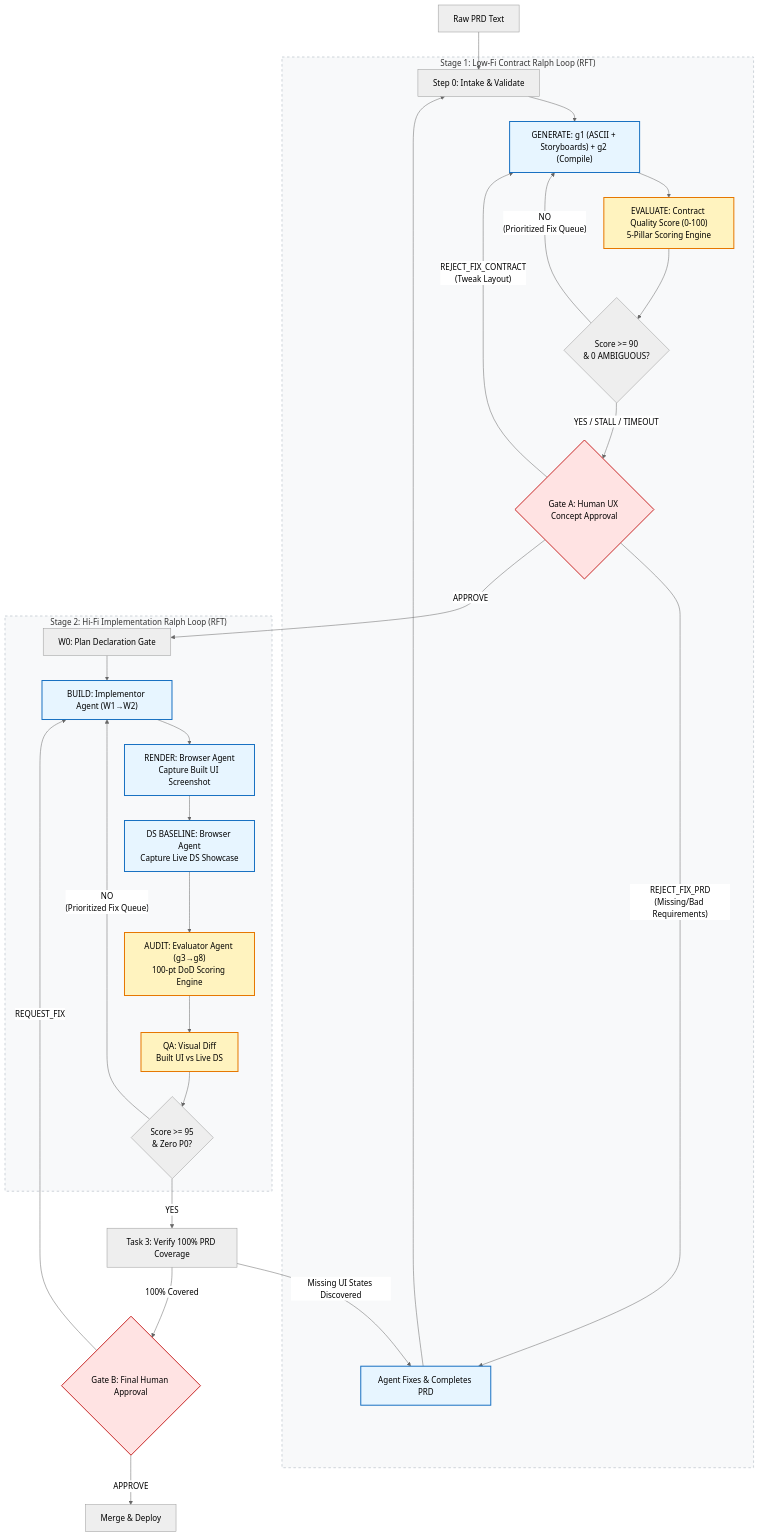
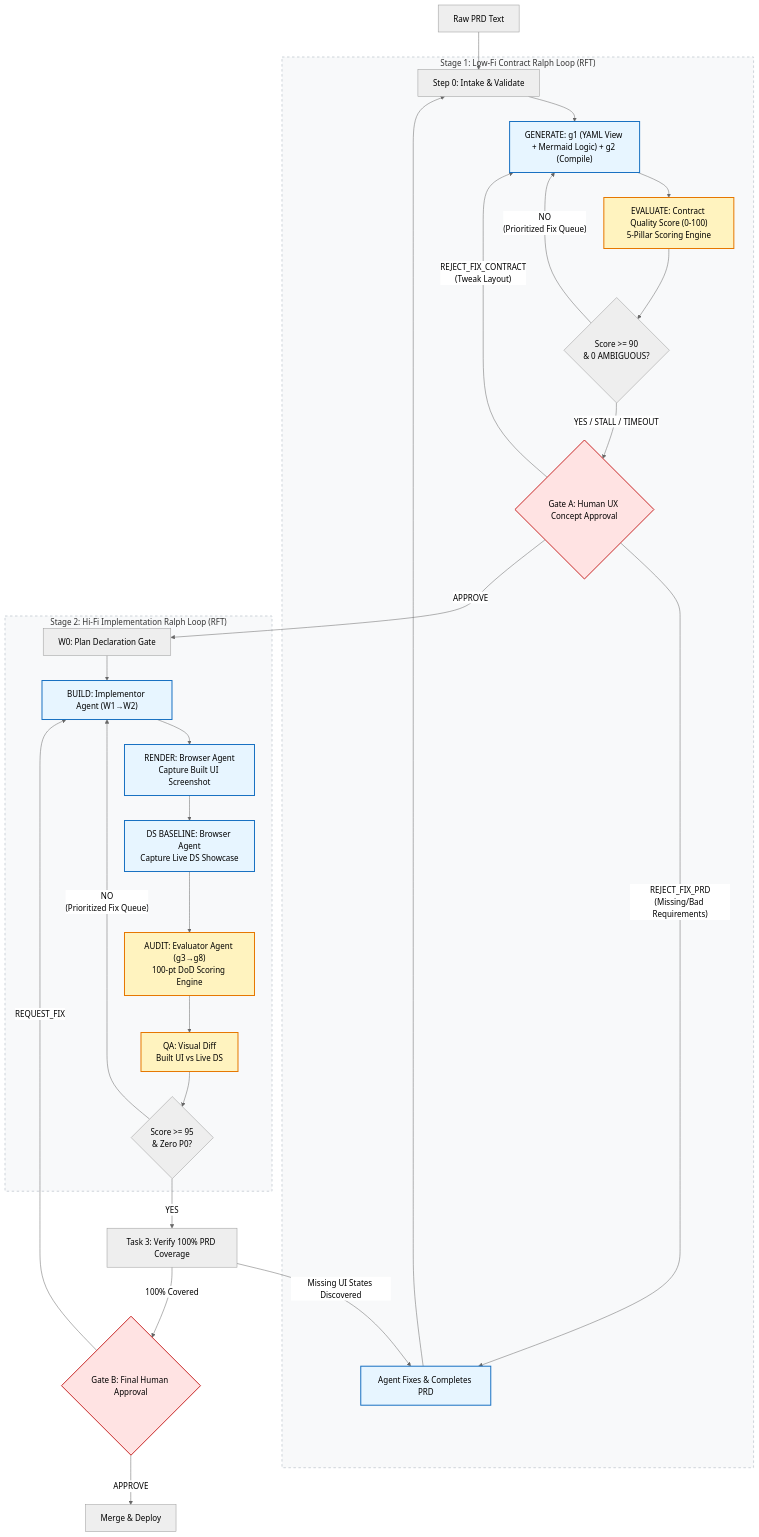
One commit to duyhunghd6/gmind changed the fourth of 6 diagrams in docs/researches/spikes/spike-design-system-ralph-loop-agent.md. Above: the diagram before and after it, drawn with Mermaid (neutral theme). The commit also changed other lines of this file and 27 other files, not shown here.

````diff
--- a/docs/researches/spikes/spike-design-system-ralph-loop-agent.md
+++ b/docs/researches/spikes/spike-design-system-ralph-loop-agent.md
@@ -184,45 +146,45 @@
 ```mermaid
 graph TD
     classDef stage fill:#f8f9fa,stroke:#ced4da,stroke-width:2px,stroke-dasharray: 5 5;
     classDef gate fill:#ffe3e3,stroke:#c92a2a,stroke-width:2px;
     classDef agent fill:#e7f5ff,stroke:#1971c2,stroke-width:2px;
     classDef score fill:#fff3bf,stroke:#e67700,stroke-width:2px;
 
     RawPRD[Raw PRD Text] --> G0[Step 0: Intake & Validate]
 
     subgraph Stage1 ["Stage 1: Low-Fi Contract Ralph Loop (RFT)"]
-        G0 --> Gen["GENERATE: g1 (ASCII + Storyboards) + g2 (Compile)"]:::agent
+        G0 --> Gen["GENERATE: g1 (YAML View + Mermaid Logic) + g2 (Compile)"]:::agent
         Gen --> S1Eval["EVALUATE: Contract Quality Score (0-100)\n5-Pillar Scoring Engine"]:::score
         S1Eval --> S1Conv{"Score >= 90\n& 0 AMBIGUOUS?"}
 
         S1Conv -- "NO\n(Prioritized Fix Queue)" --> Gen
         S1Conv -- "YES / STALL / TIMEOUT" --> GateA{Gate A: Human UX Concept Approval}:::gate
 
         GateA -- "REJECT_FIX_CONTRACT\n(Tweak Layout)" --> Gen
         GateA -- "REJECT_FIX_PRD\n(Missing/Bad Requirements)" --> PRDWriter[Agent Fixes & Completes PRD]:::agent
         PRDWriter --> G0
     end
 
     GateA -- "APPROVE" --> W0[W0: Plan Declaration Gate]
 
     subgraph Stage2 ["Stage 2: Hi-Fi Implementation Ralph Loop (RFT)"]
         W0 --> Build["BUILD: Implementor Agent (W1→W2)"]:::agent
         Build --> BrowserRender["RENDER: Browser Agent\nCapture Built UI Screenshot"]:::agent
         BrowserRender --> DSBaseline["DS BASELINE: Browser Agent\nCapture Live DS Showcase"]:::agent
         DSBaseline --> Eval["AUDIT: Evaluator Agent (g3→g8)\n100-pt DoD Scoring Engine"]:::score
         Eval --> QADiff["QA: Visual Diff\nBuilt UI vs Live DS"]:::score
         QADiff --> Score{"Score >= 95\n& Zero P0?"}
 
         Score -- "NO\n(Prioritized Fix Queue)" --> Build
     end
 
     Score -- "YES" --> AutoQA[Task 3: Verify 100% PRD Coverage]
 
     AutoQA -- "Missing UI States Discovered" --> PRDWriter
 
     AutoQA -- "100% Covered" --> GateB{Gate B: Final Human Approval}:::gate
     GateB -- "REQUEST_FIX" --> Build
     GateB -- "APPROVE" --> Merge[Merge & Deploy]
 
     class Stage1,Stage2 stage;
 ```
````
